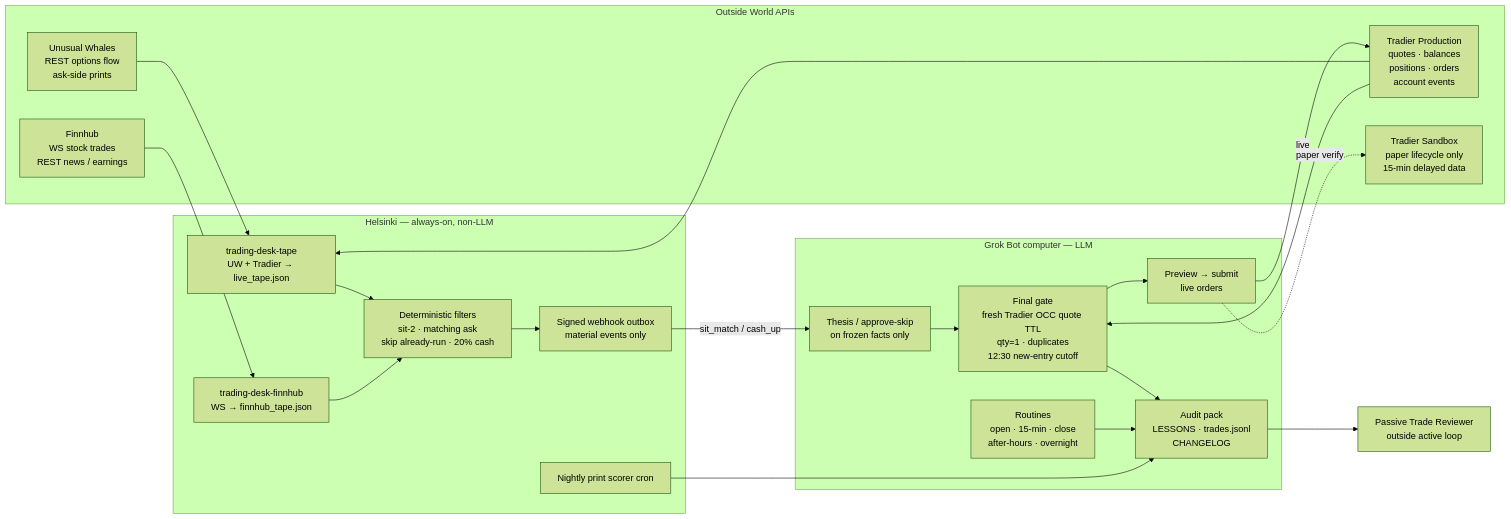
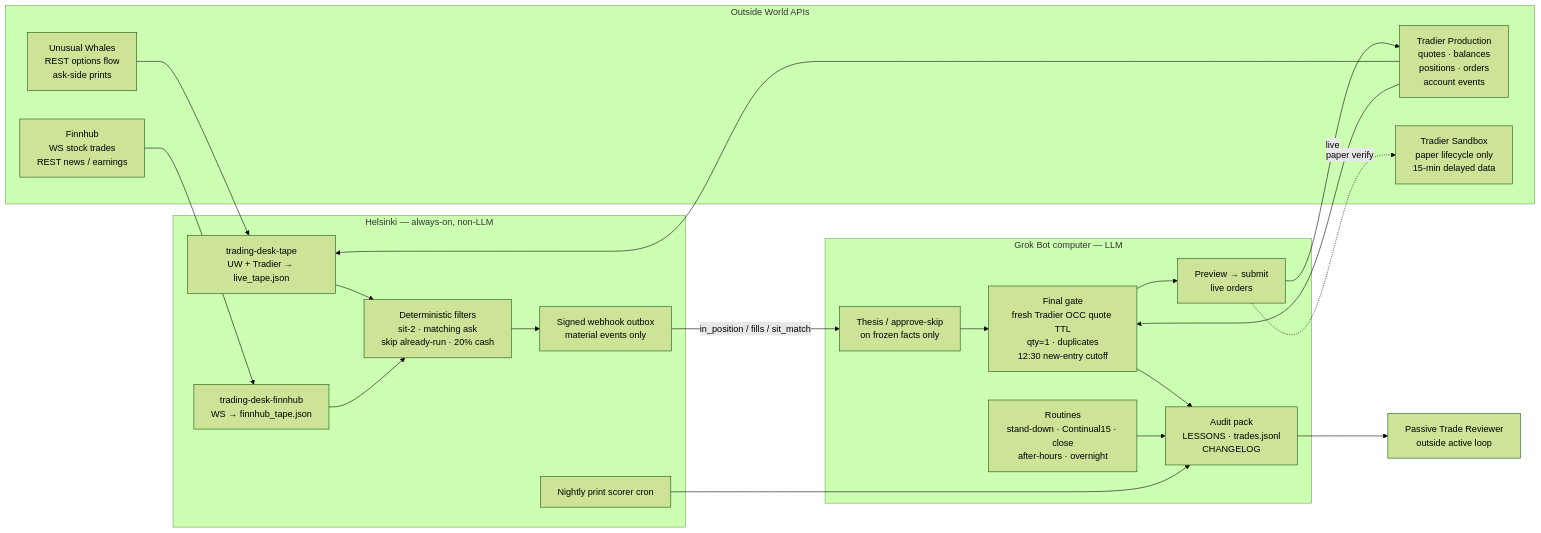
The diagram in README.md (darrylsj/groktrading), drawn with Mermaid (forest theme) before and after one commit. The commit also changed other lines of this file and 2 other files, not shown here.

First line of the commit message:
Refresh README to the current Continual15 desk (post #34/#35) (#36)

````diff
--- a/README.md
+++ b/README.md
@@ -163,40 +116,40 @@
 ```mermaid
 flowchart LR
   subgraph Outside["Outside World APIs"]
     UW["Unusual Whales\nREST options flow\nask-side prints"]
     FH["Finnhub\nWS stock trades\nREST news / earnings"]
     TP["Tradier Production\nquotes · balances\npositions · orders\naccount events"]
     TS["Tradier Sandbox\npaper lifecycle only\n15-min delayed data"]
   end
   subgraph Helsinki["Helsinki — always-on, non-LLM"]
     TAPE["trading-desk-tape\nUW + Tradier → live_tape.json"]
     FHSVC["trading-desk-finnhub\nWS → finnhub_tape.json"]
     FILT["Deterministic filters\nsit-2 · matching ask\nskip already-run · 20% cash"]
     HOOK["Signed webhook outbox\nmaterial events only"]
     NIGHT["Nightly print scorer cron"]
   end
   subgraph Grok["Grok Bot computer — LLM"]
     LLM["Thesis / approve-skip\non frozen facts only"]
     GATE["Final gate\nfresh Tradier OCC quote TTL\nqty=1 · duplicates\n12:30 new-entry cutoff"]
     EXEC["Preview → submit\nlive orders"]
     AUDIT["Audit pack\nLESSONS · trades.jsonl\nCHANGELOG"]
-    ROUT["Routines\nopen · 15-min · close\nafter-hours · overnight"]
+    ROUT["Routines\nstand-down · Continual15 · close\nafter-hours · overnight"]
   end
   REV["Passive Trade Reviewer\noutside active loop"]
   UW --> TAPE
   FH --> FHSVC
   TP --> TAPE
   TP --> GATE
   TAPE --> FILT
   FHSVC --> FILT
   FILT --> HOOK
-  HOOK -->|"sit_match / cash_up"| LLM
+  HOOK -->|"in_position / fills / sit_match"| LLM
   LLM --> GATE
   GATE --> EXEC
   EXEC -->|"live"| TP
   EXEC -.->|"paper verify"| TS
   GATE --> AUDIT
   ROUT --> AUDIT
   NIGHT --> AUDIT
   AUDIT --> REV
 ```
````
